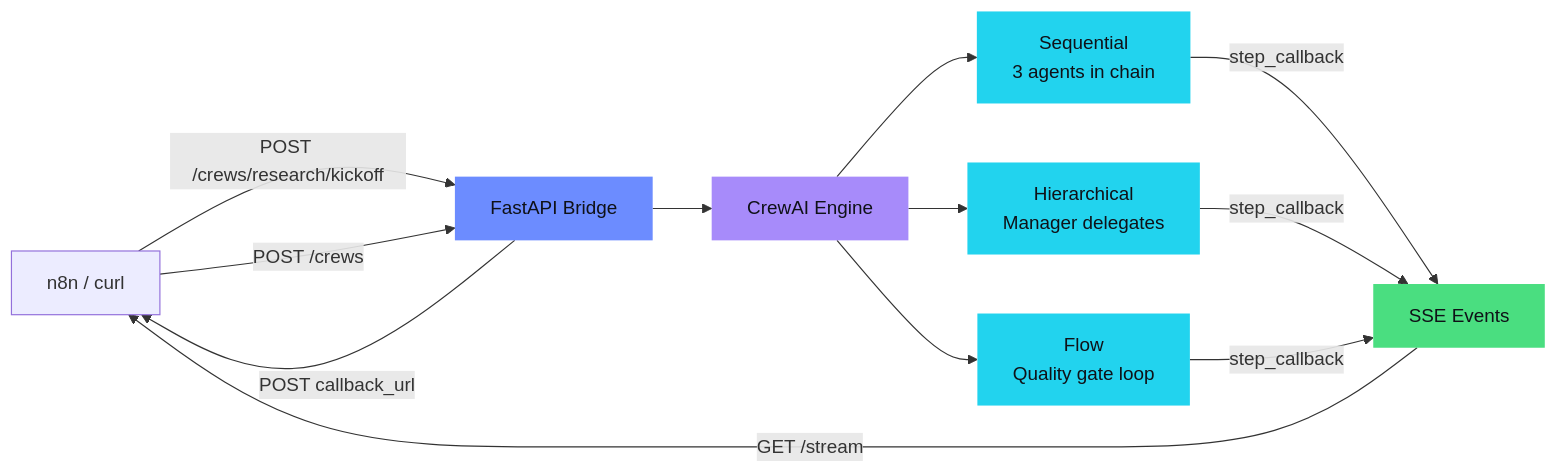
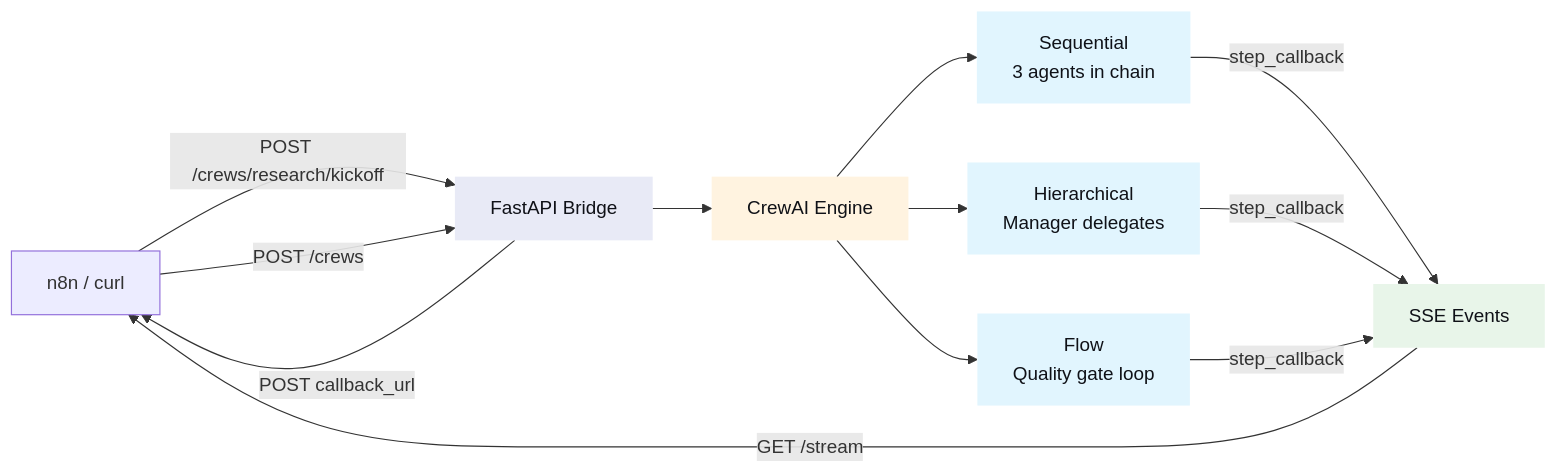
Before and after one commit to mj-deving/crewai-n8n-bridge: the first of 6 diagrams in README.md, drawn with Mermaid. The commit also changed other lines of this file, not shown here.

````diff
--- a/README.md
+++ b/README.md
@@ -27,19 +27,19 @@
 ```mermaid
 flowchart LR
     A["n8n / curl"] -->|"POST /crews/research/kickoff"| B["FastAPI Bridge"]
     A -->|"POST /crews"| B
     B --> C["CrewAI Engine"]
     C --> D["Sequential\n3 agents in chain"]
     C --> E["Hierarchical\nManager delegates"]
     C --> F["Flow\nQuality gate loop"]
     D & E & F -->|"step_callback"| G["SSE Events"]
     G -->|"GET /stream"| A
     B -->|"POST callback_url"| A
 
-    style B fill:#6c8cff,color:#0f1117,stroke:none
-    style C fill:#a78bfa,color:#0f1117,stroke:none
-    style D fill:#22d3ee,color:#0f1117,stroke:none
-    style E fill:#22d3ee,color:#0f1117,stroke:none
-    style F fill:#22d3ee,color:#0f1117,stroke:none
-    style G fill:#4ade80,color:#0f1117,stroke:none
+    style B fill:#e8eaf6,color:#0f1117,stroke:none
+    style C fill:#fff3e0,color:#0f1117,stroke:none
+    style D fill:#e1f5fe,color:#0f1117,stroke:none
+    style E fill:#e1f5fe,color:#0f1117,stroke:none
+    style F fill:#e1f5fe,color:#0f1117,stroke:none
+    style G fill:#e8f5e9,color:#0f1117,stroke:none
 ```
````
